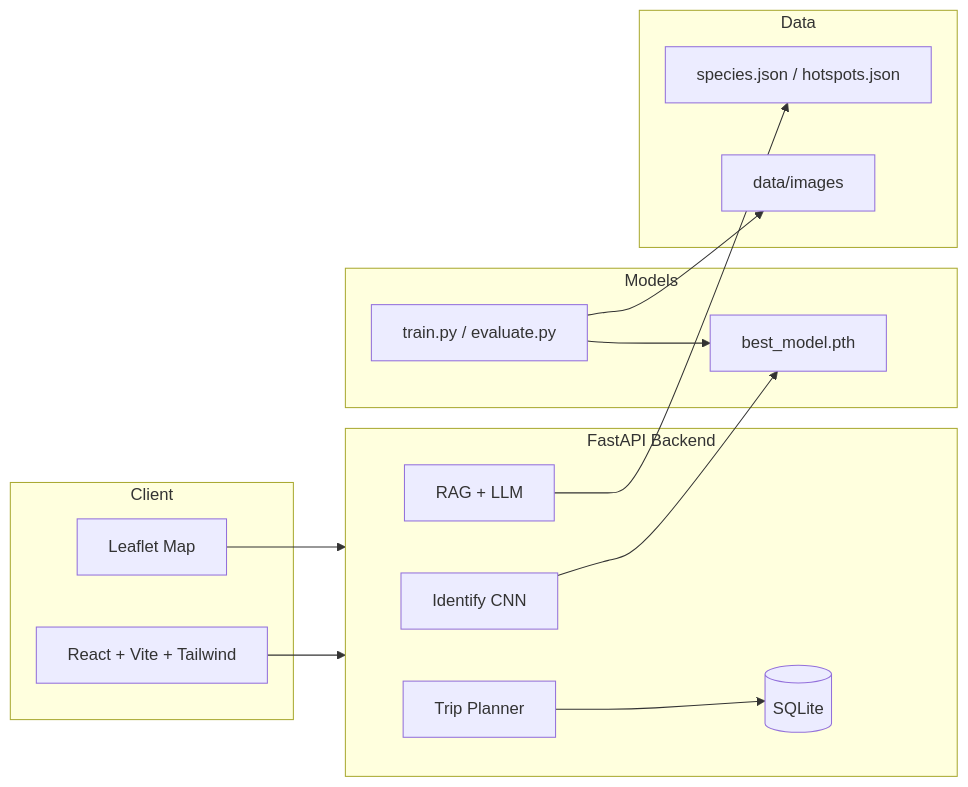
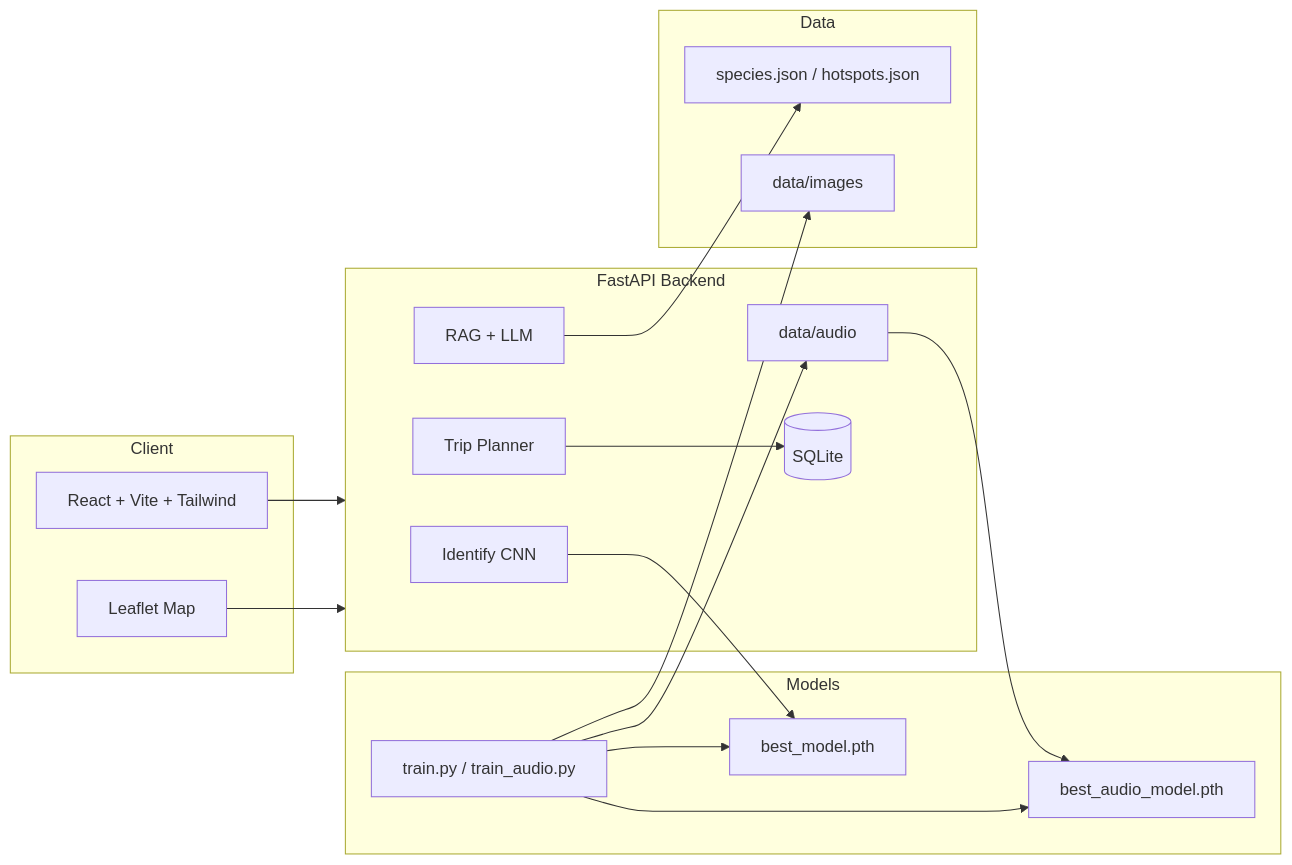
Before and after one commit to teckyun73/WILDTRAIL: the diagram in README.md, drawn with Mermaid. The commit also changed other lines of this file, not shown here.

````diff
--- a/README.md
+++ b/README.md
@@ -44,29 +44,34 @@
 ```mermaid
 flowchart LR
   subgraph Client
     UI[React + Vite + Tailwind]
     Map[Leaflet Map]
   end
   subgraph API[FastAPI Backend]
     ID[Identify CNN]
+    AUD[Audio CNN]
     RAG[RAG + LLM]
     Trip[Trip Planner]
     DB[(SQLite)]
   end
   subgraph ML[Models]
-    CKPT[best_model.pth]
-    Train[train.py / evaluate.py]
+    IMG_CKPT[best_model.pth]
+    AUD_CKPT[best_audio_model.pth]
+    Train[train.py / train_audio.py]
   end
   subgraph Data
     JSON[species.json / hotspots.json]
     IMG[data/images]
+    AUD[data/audio]
   end
   UI --> API
   Map --> API
-  ID --> CKPT
+  ID --> IMG_CKPT
+  AUD --> AUD_CKPT
   RAG --> JSON
   Trip --> DB
-  API --> DB
   Train --> IMG
-  Train --> CKPT
+  Train --> AUD
+  Train --> IMG_CKPT
+  Train --> AUD_CKPT
 ```
````
